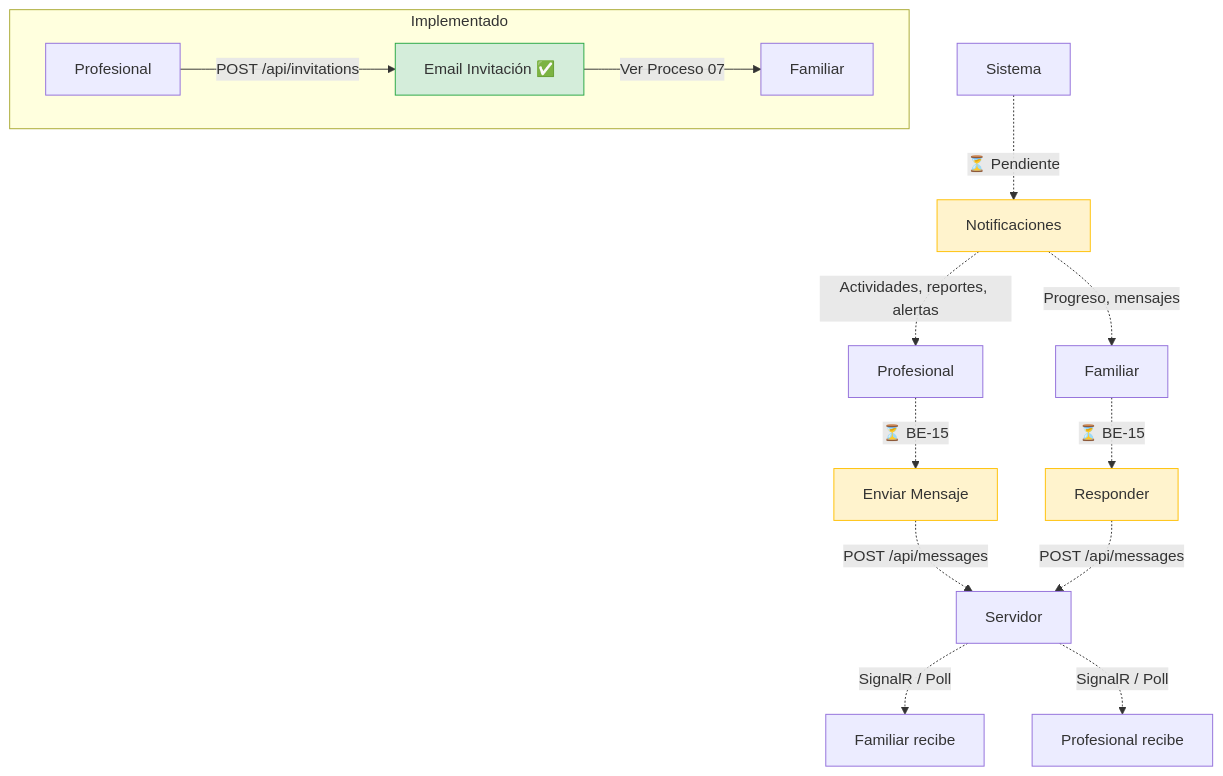
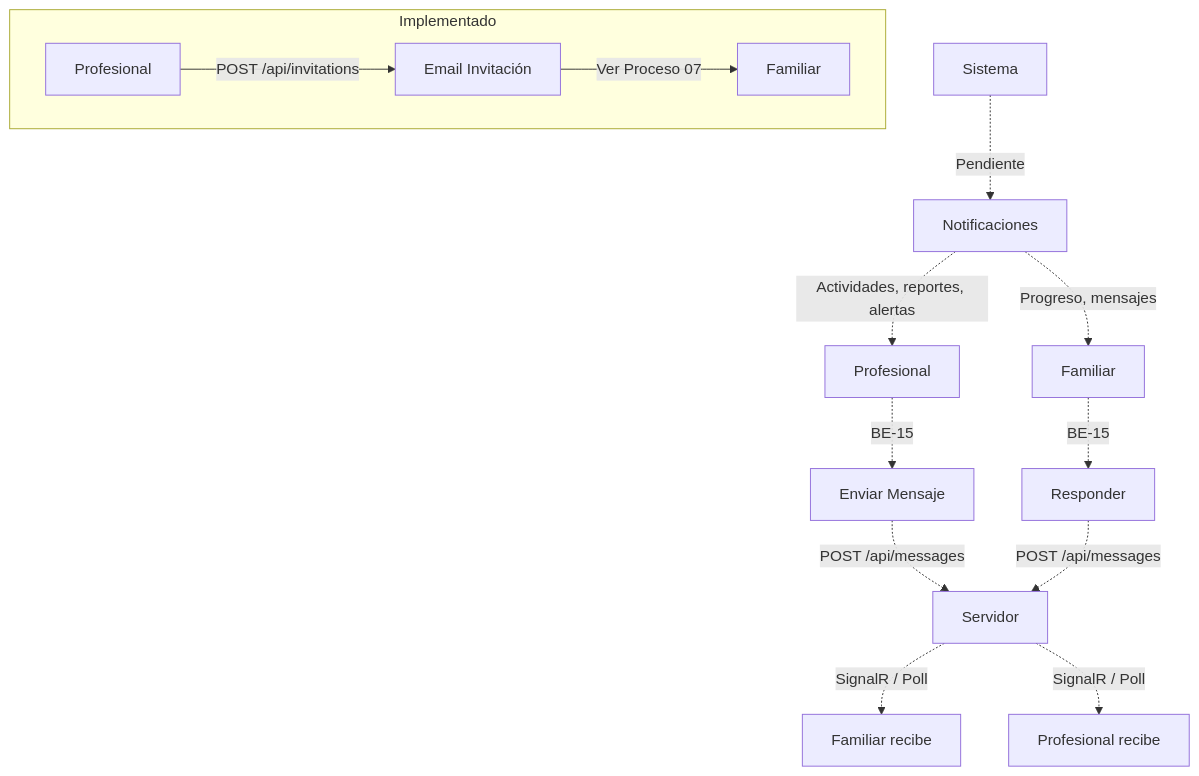
One commit to Sacha-html/InclusiON changed the diagram in Process/16-comunicacion-actores.md. Above: the diagram before and after it, drawn with Mermaid. The commit also changed other lines of this file and 32 other files, not shown here.

First line of the commit message:
Add context diagram, data dictionary, and glossary for InclusiON system

````diff
--- a/Process/16-comunicacion-actores.md
+++ b/Process/16-comunicacion-actores.md
@@ -45,24 +45,20 @@
 ```mermaid
 flowchart TD
-    PROF[Profesional] -.->|⏳ BE-15| MSG_OUT[Enviar Mensaje]
+    PROF[Profesional] -.->|BE-15| MSG_OUT[Enviar Mensaje]
     MSG_OUT -.->|POST /api/messages| SERVER[Servidor]
     SERVER -.->|SignalR / Poll| FAM_IN[Familiar recibe]
 
-    FAM[Familiar] -.->|⏳ BE-15| MSG_BACK[Responder]
+    FAM[Familiar] -.->|BE-15| MSG_BACK[Responder]
     MSG_BACK -.->|POST /api/messages| SERVER
     SERVER -.->|SignalR / Poll| PROF_IN[Profesional recibe]
 
-    SYS[Sistema] -.->|⏳ Pendiente| NOTIF[Notificaciones]
+    SYS[Sistema] -.->|Pendiente| NOTIF[Notificaciones]
     NOTIF -.->|Actividades, reportes, alertas| PROF
     NOTIF -.->|Progreso, mensajes| FAM
 
     subgraph Implementado
-        PROF2[Profesional] -->|POST /api/invitations| INV[Email Invitación ✅]
+        PROF2[Profesional] -->|POST /api/invitations| INV[Email Invitación]
         INV -->|Ver Proceso 07| FAM2[Familiar]
     end
 
-    style MSG_OUT fill:#fff3cd,stroke:#ffc107
-    style MSG_BACK fill:#fff3cd,stroke:#ffc107
-    style NOTIF fill:#fff3cd,stroke:#ffc107
-    style INV fill:#d4edda,stroke:#28a745
 ```
````
